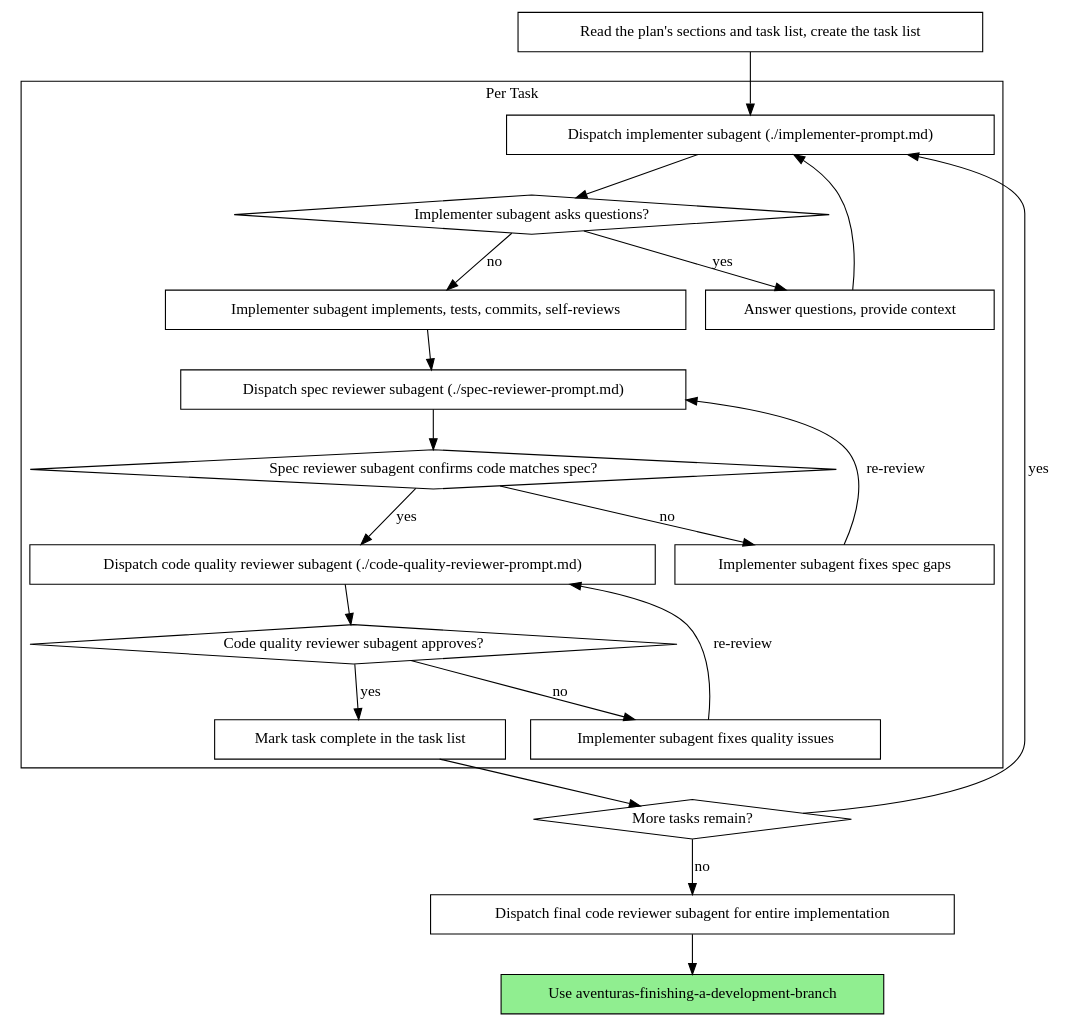
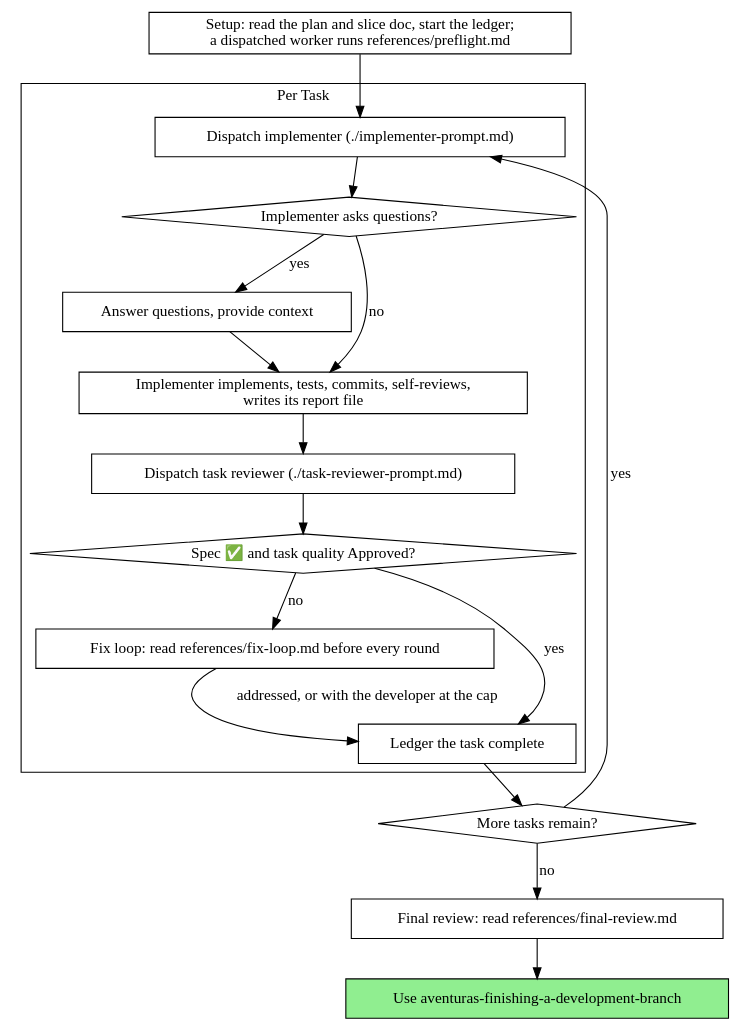
One commit to AventurasTeam/Aventuras changed the second of 2 diagrams in .agents/skills/aventuras-subagent-driven-development/SKILL.md. Above: the diagram before and after it, drawn with Graphviz. The commit also changed other lines of this file and 12 other files, not shown here.

First line of the commit message:
SDD: one task reviewer per task, capped fix loop, ledger

````diff
--- a/.agents/skills/aventuras-subagent-driven-development/SKILL.md
+++ b/.agents/skills/aventuras-subagent-driven-development/SKILL.md
@@ -50,44 +75,34 @@
 ```dot
 digraph process {
     rankdir=TB;
 
+    setup [label="Setup: read the plan and slice doc, start the ledger;\na dispatched worker runs references/preflight.md" shape=box];
     subgraph cluster_per_task {
         label="Per Task";
-        "Dispatch implementer subagent (./implementer-prompt.md)" [shape=box];
-        "Implementer subagent asks questions?" [shape=diamond];
-        "Answer questions, provide context" [shape=box];
-        "Implementer subagent implements, tests, commits, self-reviews" [shape=box];
-        "Dispatch spec reviewer subagent (./spec-reviewer-prompt.md)" [shape=box];
-        "Spec reviewer subagent confirms code matches spec?" [shape=diamond];
-        "Implementer subagent fixes spec gaps" [shape=box];
-        "Dispatch code quality reviewer subagent (./code-quality-reviewer-prompt.md)" [shape=box];
-        "Code quality reviewer subagent approves?" [shape=diamond];
-        "Implementer subagent fixes quality issues" [shape=box];
-        "Mark task complete in the task list" [shape=box];
+        impl [label="Dispatch implementer (./implementer-prompt.md)" shape=box];
+        asks [label="Implementer asks questions?" shape=diamond];
+        answer [label="Answer questions, provide context" shape=box];
+        work [label="Implementer implements, tests, commits, self-reviews,\nwrites its report file" shape=box];
+        review [label="Dispatch task reviewer (./task-reviewer-prompt.md)" shape=box];
+        clean [label="Spec ✅ and task quality Approved?" shape=diamond];
+        fix [label="Fix loop: read references/fix-loop.md before every round" shape=box];
+        done [label="Ledger the task complete" shape=box];
     }
+    more [label="More tasks remain?" shape=diamond];
+    final [label="Final review: read references/final-review.md" shape=box];
+    finish [label="Use aventuras-finishing-a-development-branch" shape=box style=filled fillcolor=lightgreen];
 
-    "Read the plan's sections and task list, create the task list" [shape=box];
-    "More tasks remain?" [shape=diamond];
-    "Dispatch final code reviewer subagent for entire implementation" [shape=box];
-    "Use aventuras-finishing-a-development-branch" [shape=box style=filled fillcolor=lightgreen];
-
-    "Read the plan's sections and task list, create the task list" -> "Dispatch implementer subagent (./implementer-prompt.md)";
-    "Dispatch implementer subagent (./implementer-prompt.md)" -> "Implementer subagent asks questions?";
-    "Implementer subagent asks questions?" -> "Answer questions, provide context" [label="yes"];
-    "Answer questions, provide context" -> "Dispatch implementer subagent (./implementer-prompt.md)";
-    "Implementer subagent asks questions?" -> "Implementer subagent implements, tests, commits, self-reviews" [label="no"];
-    "Implementer subagent implements, tests, commits, self-reviews" -> "Dispatch spec reviewer subagent (./spec-reviewer-prompt.md)";
-    "Dispatch spec reviewer subagent (./spec-reviewer-prompt.md)" -> "Spec reviewer subagent confirms code matches spec?";
-    "Spec reviewer subagent confirms code matches spec?" -> "Implementer subagent fixes spec gaps" [label="no"];
-    "Implementer subagent fixes spec gaps" -> "Dispatch spec reviewer subagent (./spec-reviewer-prompt.md)" [label="re-review"];
-    "Spec reviewer subagent confirms code matches spec?" -> "Dispatch code quality reviewer subagent (./code-quality-reviewer-prompt.md)" [label="yes"];
-    "Dispatch code quality reviewer subagent (./code-quality-reviewer-prompt.md)" -> "Code quality reviewer subagent approves?";
-    "Code quality reviewer subagent approves?" -> "Implementer subagent fixes quality issues" [label="no"];
-    "Implementer subagent fixes quality issues" -> "Dispatch code quality reviewer subagent (./code-quality-reviewer-prompt.md)" [label="re-review"];
-    "Code quality reviewer subagent approves?" -> "Mark task complete in the task list" [label="yes"];
-    "Mark task complete in the task list" -> "More tasks remain?";
-    "More tasks remain?" -> "Dispatch implementer subagent (./implementer-prompt.md)" [label="yes"];
-    "More tasks remain?" -> "Dispatch final code reviewer subagent for entire implementation" [label="no"];
-    "Dispatch final code reviewer subagent for entire implementation" -> "Use aventuras-finishing-a-development-branch";
+    setup -> impl -> asks;
+    asks -> answer [label="yes"];
+    answer -> work;
+    asks -> work [label="no"];
+    work -> review -> clean;
+    clean -> done [label="yes"];
+    clean -> fix [label="no"];
+    fix -> done [label="addressed, or with the developer at the cap"];
+    done -> more;
+    more -> impl [label="yes"];
+    more -> final [label="no"];
+    final -> finish;
 }
 ```
````
